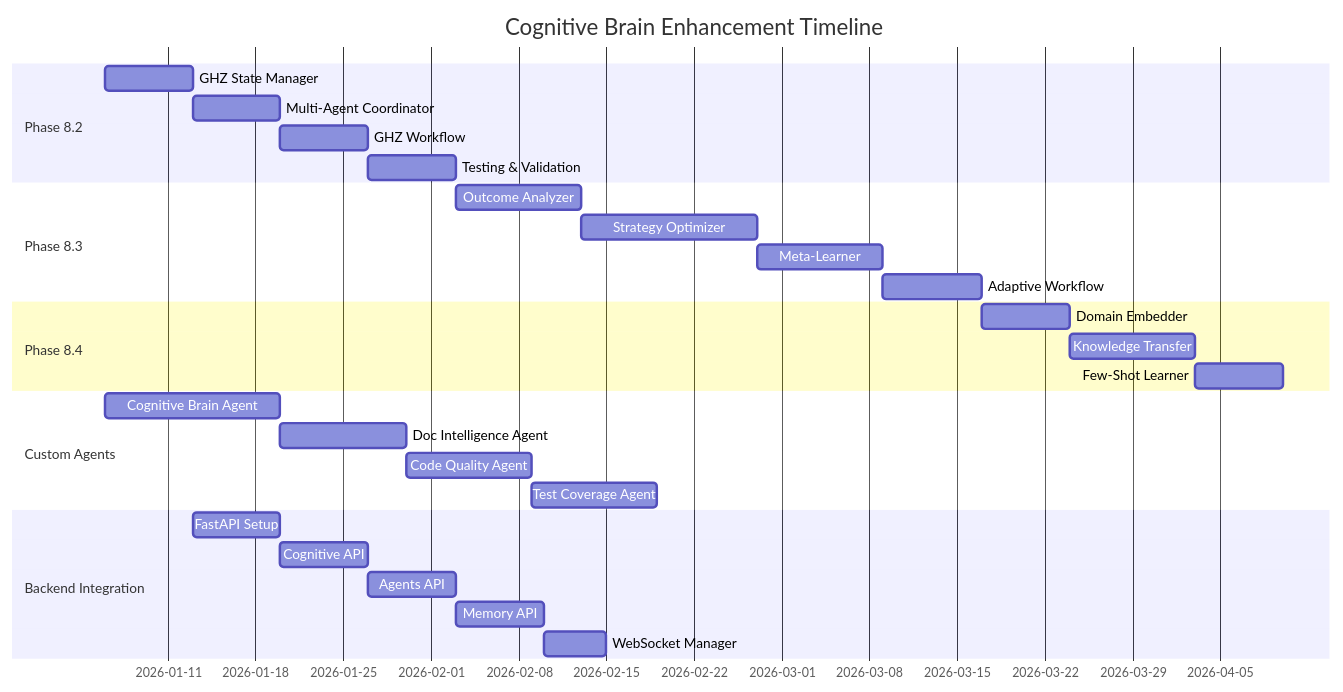
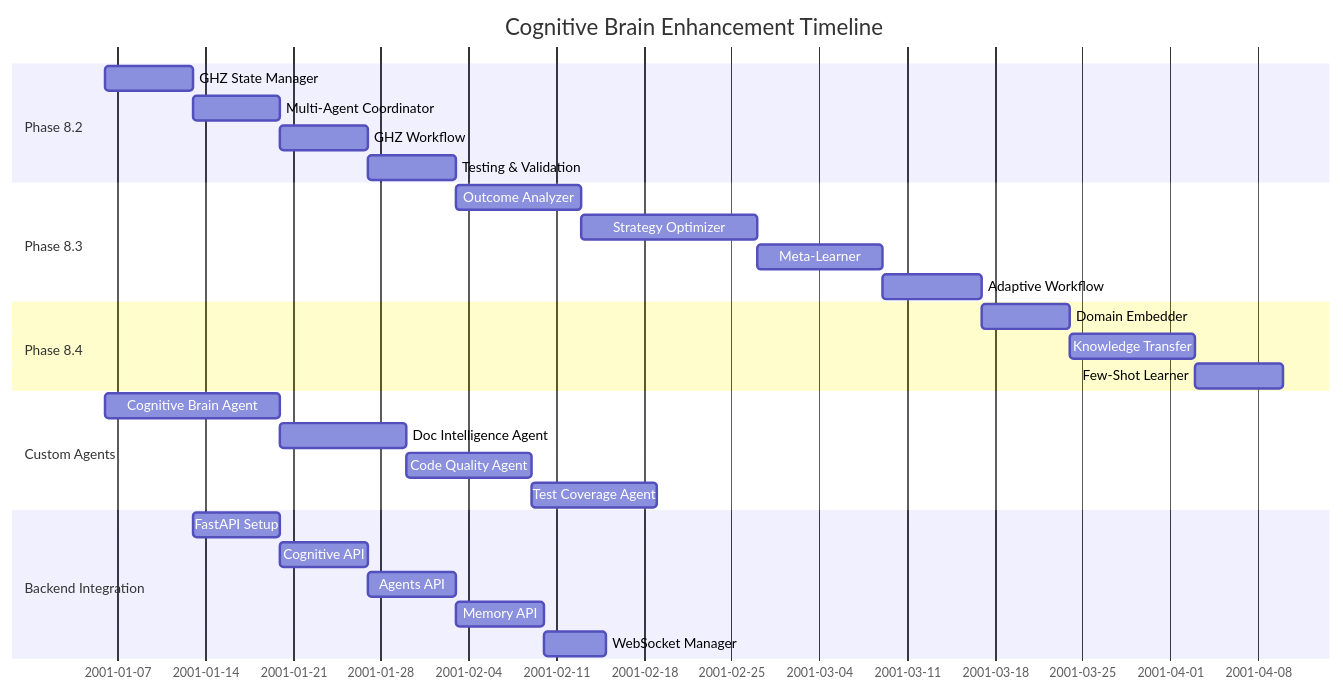
The third of 3 diagrams in .codex/plans/COGNITIVE_BRAIN_STATUS_V2.md (Aries-Serpent/_codex_), drawn with Mermaid before and after one commit. The commit also changed other lines of this file and 1179 other files, not shown here.

````diff
--- a/.codex/plans/COGNITIVE_BRAIN_STATUS_V2.md
+++ b/.codex/plans/COGNITIVE_BRAIN_STATUS_V2.md
@@ -385,34 +385,34 @@
 ```mermaid
 gantt
     title Cognitive Brain Enhancement Timeline
     dateFormat YYYY-MM-DD
     section Phase 8.2
-    GHZ State Manager           :2026-01-06, 7d
-    Multi-Agent Coordinator     :2026-01-13, 7d
-    GHZ Workflow                :2026-01-20, 7d
-    Testing & Validation        :2026-01-27, 7d
+    GHZ State Manager           :Current Cycle-01-06, 7d
+    Multi-Agent Coordinator     :Current Cycle-01-13, 7d
+    GHZ Workflow                :Current Cycle-01-20, 7d
+    Testing & Validation        :Current Cycle-01-27, 7d
     
     section Phase 8.3
-    Outcome Analyzer            :2026-02-03, 10d
-    Strategy Optimizer          :2026-02-13, 14d
-    Meta-Learner                :2026-02-27, 10d
-    Adaptive Workflow           :2026-03-09, 8d
+    Outcome Analyzer            :Current Cycle-02-03, 10d
+    Strategy Optimizer          :Current Cycle-02-13, 14d
+    Meta-Learner                :Current Cycle-02-27, 10d
+    Adaptive Workflow           :Current Cycle-03-09, 8d
     
     section Phase 8.4
-    Domain Embedder             :2026-03-17, 7d
-    Knowledge Transfer          :2026-03-24, 10d
-    Few-Shot Learner            :2026-04-03, 7d
+    Domain Embedder             :Current Cycle-03-17, 7d
+    Knowledge Transfer          :Current Cycle-03-24, 10d
+    Few-Shot Learner            :Current Cycle-04-03, 7d
     
     section Custom Agents
-    Cognitive Brain Agent       :2026-01-06, 14d
-    Doc Intelligence Agent      :2026-01-20, 10d
-    Code Quality Agent          :2026-01-30, 10d
-    Test Coverage Agent         :2026-02-09, 10d
+    Cognitive Brain Agent       :Current Cycle-01-06, 14d
+    Doc Intelligence Agent      :Current Cycle-01-20, 10d
+    Code Quality Agent          :Current Cycle-01-30, 10d
+    Test Coverage Agent         :Current Cycle-02-09, 10d
     
     section Backend Integration
-    FastAPI Setup               :2026-01-13, 7d
-    Cognitive API               :2026-01-20, 7d
-    Agents API                  :2026-01-27, 7d
-    Memory API                  :2026-02-03, 7d
-    WebSocket Manager           :2026-02-10, 5d
+    FastAPI Setup               :Current Cycle-01-13, 7d
+    Cognitive API               :Current Cycle-01-20, 7d
+    Agents API                  :Current Cycle-01-27, 7d
+    Memory API                  :Current Cycle-02-03, 7d
+    WebSocket Manager           :Current Cycle-02-10, 5d
 ```
````
